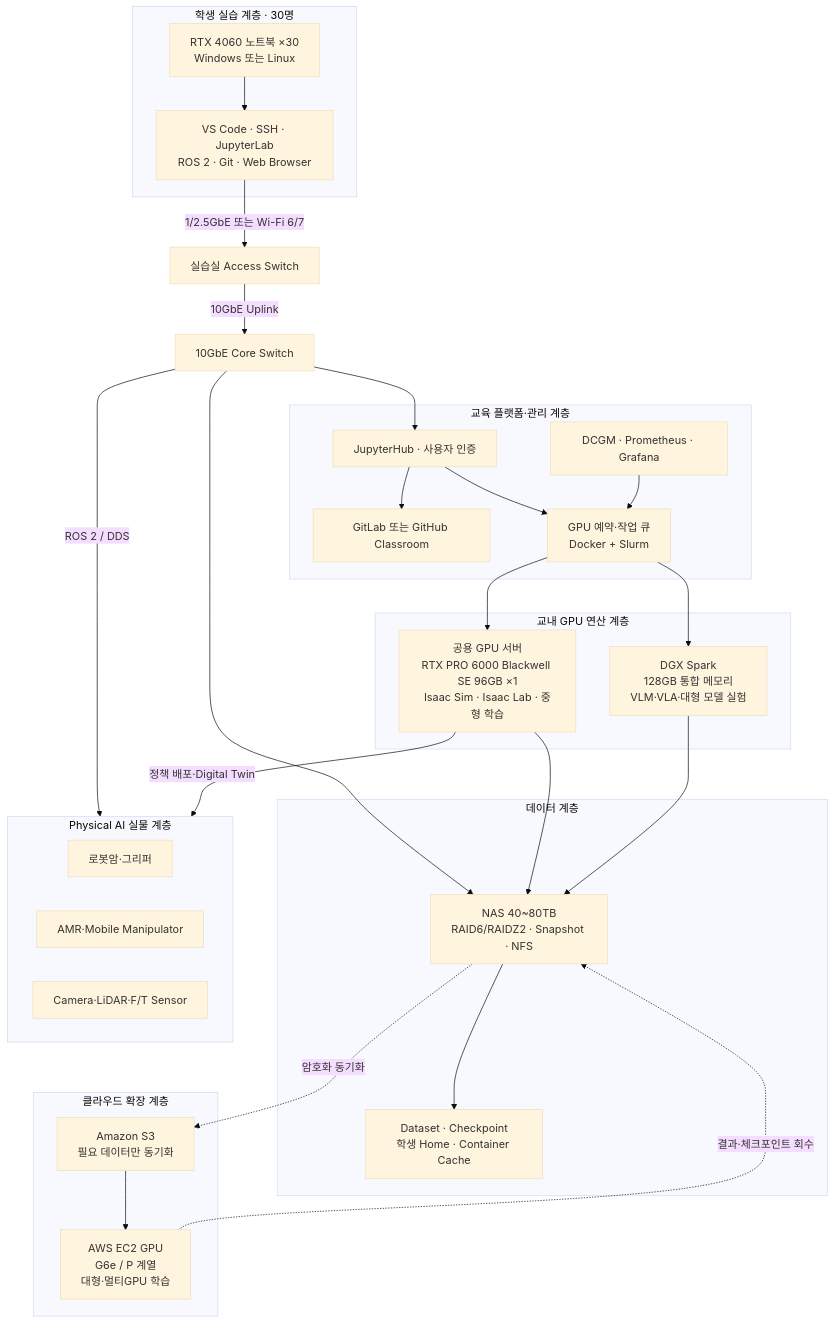
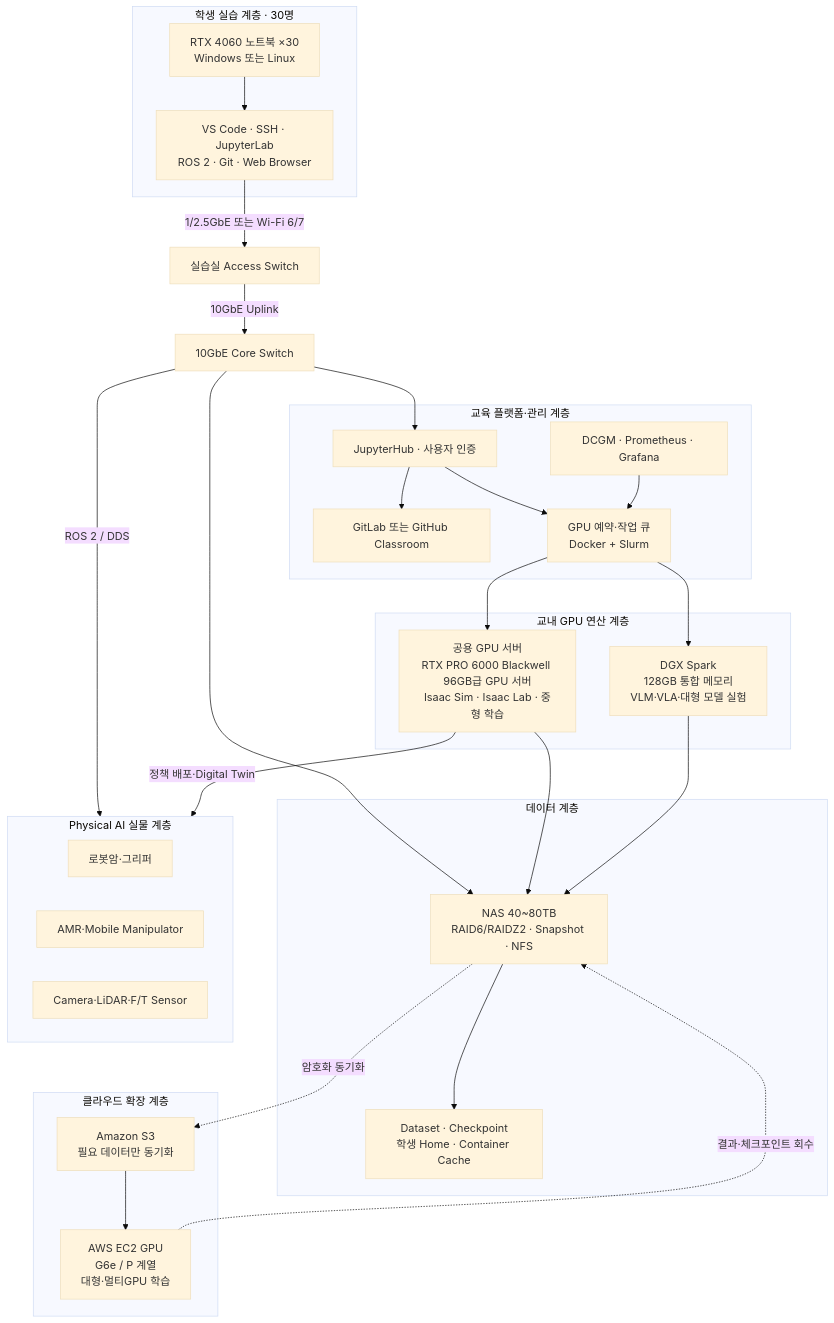
The first of 3 diagrams in homepage-src/docs/projects/hsu-pac.md (parclab-hsu/parclab-hsu.github.io), drawn with Mermaid (base theme) before and after one commit. The commit also changed other lines of this file and 9 other files, not shown here.

````diff
--- a/homepage-src/docs/projects/hsu-pac.md
+++ b/homepage-src/docs/projects/hsu-pac.md
@@ -75,59 +78,59 @@
 ```mermaid
 flowchart TB
     subgraph STUDENT["학생 실습 계층 · 30명"]
         NB["RTX 4060 노트북 ×30<br/>Windows 또는 Linux"]
         DEV["VS Code · SSH · JupyterLab<br/>ROS 2 · Git · Web Browser"]
         NB --> DEV
     end
 
     DEV -->|"1/2.5GbE 또는 Wi-Fi 6/7"| ACCESS["실습실 Access Switch"]
     ACCESS -->|"10GbE Uplink"| CORE["10GbE Core Switch"]
 
     subgraph PLATFORM["교육 플랫폼·관리 계층"]
         HUB["JupyterHub · 사용자 인증"]
         GIT["GitLab 또는 GitHub Classroom"]
         QUEUE["GPU 예약·작업 큐<br/>Docker + Slurm"]
         MON["DCGM · Prometheus · Grafana"]
     end
 
     CORE --> HUB
     HUB --> QUEUE
     HUB --> GIT
     MON --> QUEUE
 
     subgraph COMPUTE["교내 GPU 연산 계층"]
-        RTX["공용 GPU 서버<br/>RTX PRO 6000 Blackwell SE 96GB ×1<br/>Isaac Sim · Isaac Lab · 중형 학습"]
+        RTX["공용 GPU 서버<br/>RTX PRO 6000 Blackwell 96GB급 GPU 서버<br/>Isaac Sim · Isaac Lab · 중형 학습"]
         SPARK["DGX Spark<br/>128GB 통합 메모리<br/>VLM·VLA·대형 모델 실험"]
     end
 
     QUEUE --> RTX
     QUEUE --> SPARK
 
     subgraph STORAGE["데이터 계층"]
         NAS["NAS 40~80TB<br/>RAID6/RAIDZ2 · Snapshot · NFS"]
         DATA["Dataset · Checkpoint<br/>학생 Home · Container Cache"]
         NAS --> DATA
     end
 
     CORE --> NAS
     RTX --> NAS
     SPARK --> NAS
 
     subgraph CLOUD["클라우드 확장 계층"]
         S3["Amazon S3<br/>필요 데이터만 동기화"]
         AWS["AWS EC2 GPU<br/>G6e / P 계열<br/>대형·멀티GPU 학습"]
     end
 
     NAS -.->|"암호화 동기화"| S3
     S3 --> AWS
     AWS -.->|"결과·체크포인트 회수"| NAS
 
     subgraph ROBOT["Physical AI 실물 계층"]
         ARM["로봇암·그리퍼"]
         MOBILE["AMR·Mobile Manipulator"]
         SENSOR["Camera·LiDAR·F/T Sensor"]
     end
 
     CORE -->|"ROS 2 / DDS"| ROBOT
     RTX -->|"정책 배포·Digital Twin"| ROBOT
 ```
````
